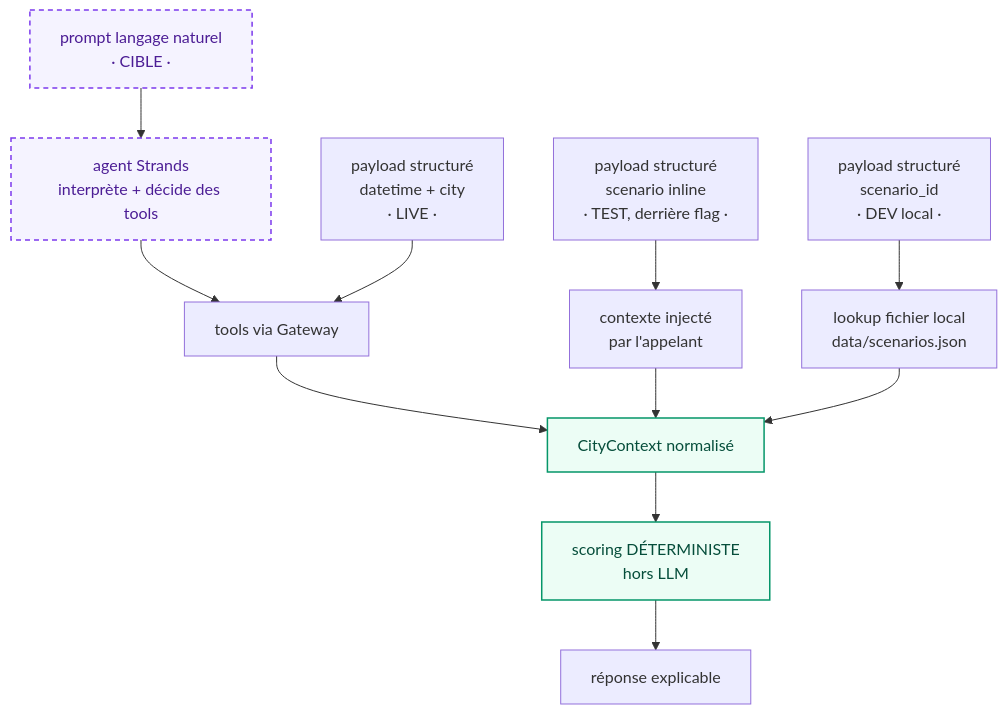
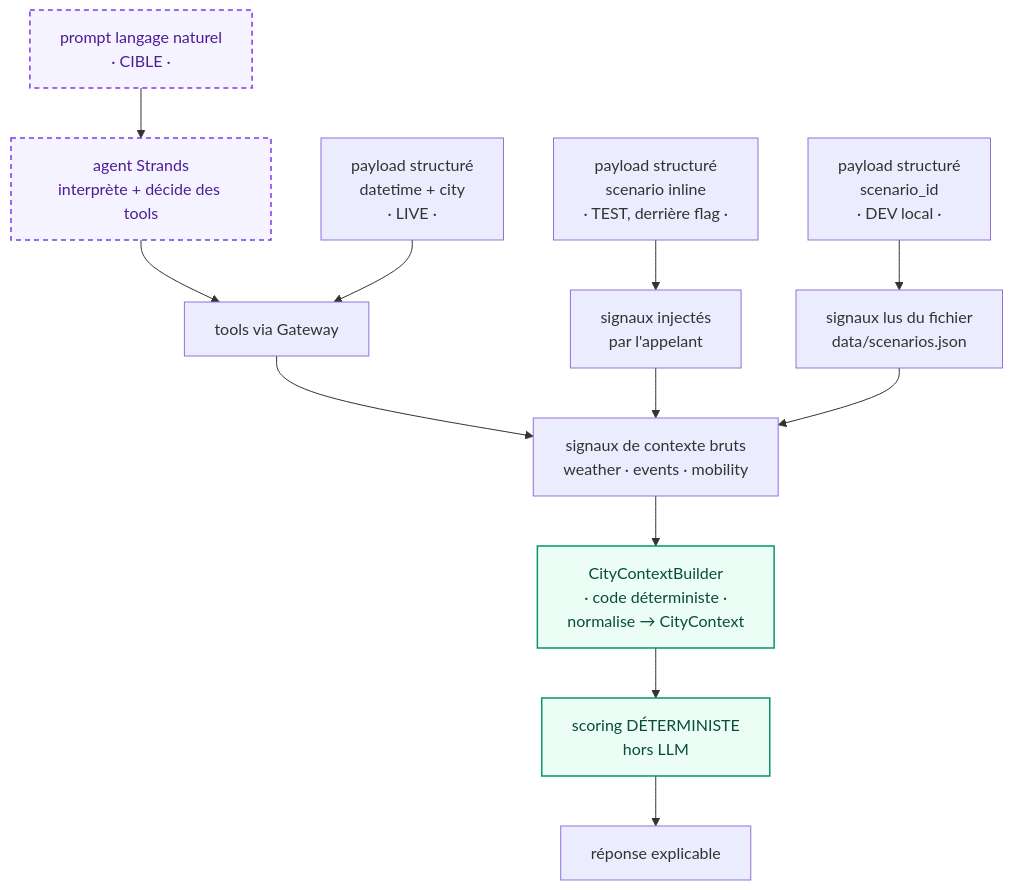
Before and after one commit to ClementV78/aws-agentic-campaign-mvp: the first of 2 diagrams in docs/RUNTIME_MAPPING.md, drawn with Mermaid. The commit also changed other lines of this file, not shown here.

Commit message:
docs: fix the input-modes diagram — code builds CityContext, not the tools
The flow drew tools/injection/file feeding CityContext directly, which wrongly
attributed the context construction to the tools. Corrected: the sources provide
raw signals; the CityContextBuilder (deterministic code) normalizes them into
CityContext. Only signal acquisition varies by mode; from the signals on, the
trunk is common and deterministic. Reinforces deterministic-first.

````diff
--- a/docs/RUNTIME_MAPPING.md
+++ b/docs/RUNTIME_MAPPING.md
@@ -23,24 +23,25 @@
 ```mermaid
 flowchart TB
     P1["payload structuré<br/>datetime + city<br/>· LIVE ·"]
     P2["payload structuré<br/>scenario inline<br/>· TEST, derrière flag ·"]
     P3["payload structuré<br/>scenario_id<br/>· DEV local ·"]
     P4["prompt langage naturel<br/>· CIBLE ·"]
 
     P4 --> AG["agent Strands<br/>interprète + décide des tools"]
     AG --> T["tools via Gateway"]
     P1 --> T
-    P2 --> INJ["contexte injecté<br/>par l'appelant"]
-    P3 --> FIL["lookup fichier local<br/>data/scenarios.json"]
+    P2 --> INJ["signaux injectés<br/>par l'appelant"]
+    P3 --> FIL["signaux lus du fichier<br/>data/scenarios.json"]
 
-    T --> CTX["CityContext normalisé"]
-    INJ --> CTX
-    FIL --> CTX
+    T --> SIG["signaux de contexte bruts<br/>weather · events · mobility"]
+    INJ --> SIG
+    FIL --> SIG
+    SIG --> CTX["CityContextBuilder<br/>· code déterministe ·<br/>normalise → CityContext"]
     CTX --> SC["scoring DÉTERMINISTE<br/>hors LLM"]
     SC --> R["réponse explicable"]
 
     classDef target fill:#f5f3ff,stroke:#7c3aed,color:#4c1d95,stroke-width:1.5px,stroke-dasharray: 5 4;
     classDef det fill:#ecfdf5,stroke:#059669,color:#064e3b,stroke-width:1.5px;
     class P4,AG target;
     class CTX,SC det;
 ```
````
